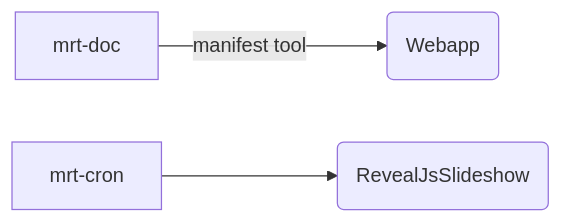
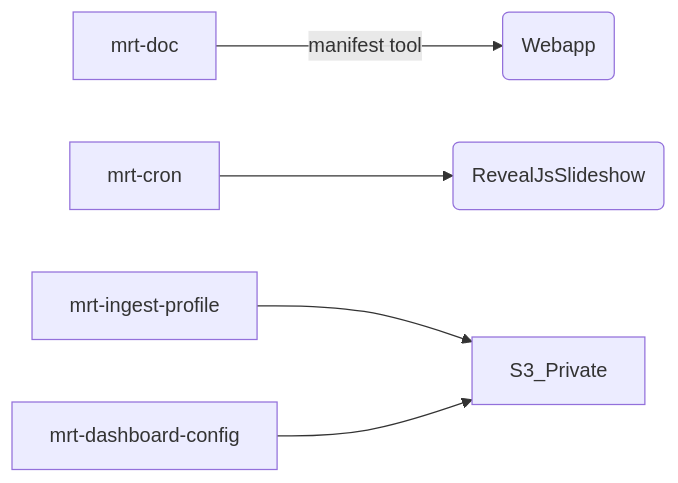
The fifth of 7 diagrams in design/aws-build/README.md (CDLUC3/mrt-doc), drawn with Mermaid before and after one commit. The commit also changed other lines of this file, not shown here.

````diff
--- a/design/aws-build/README.md
+++ b/design/aws-build/README.md
@@ -104,8 +111,10 @@
 ```mermaid
 graph LR
   RevealJsSlideshow(RevealJsSlideshow)
   Webapp(Webapp)
 
   mrt-doc --> |manifest tool| Webapp
   mrt-cron --> RevealJsSlideshow
+  mrt-ingest-profile --> S3_Private
+  mrt-dashboard-config --> S3_Private
 ```
````
